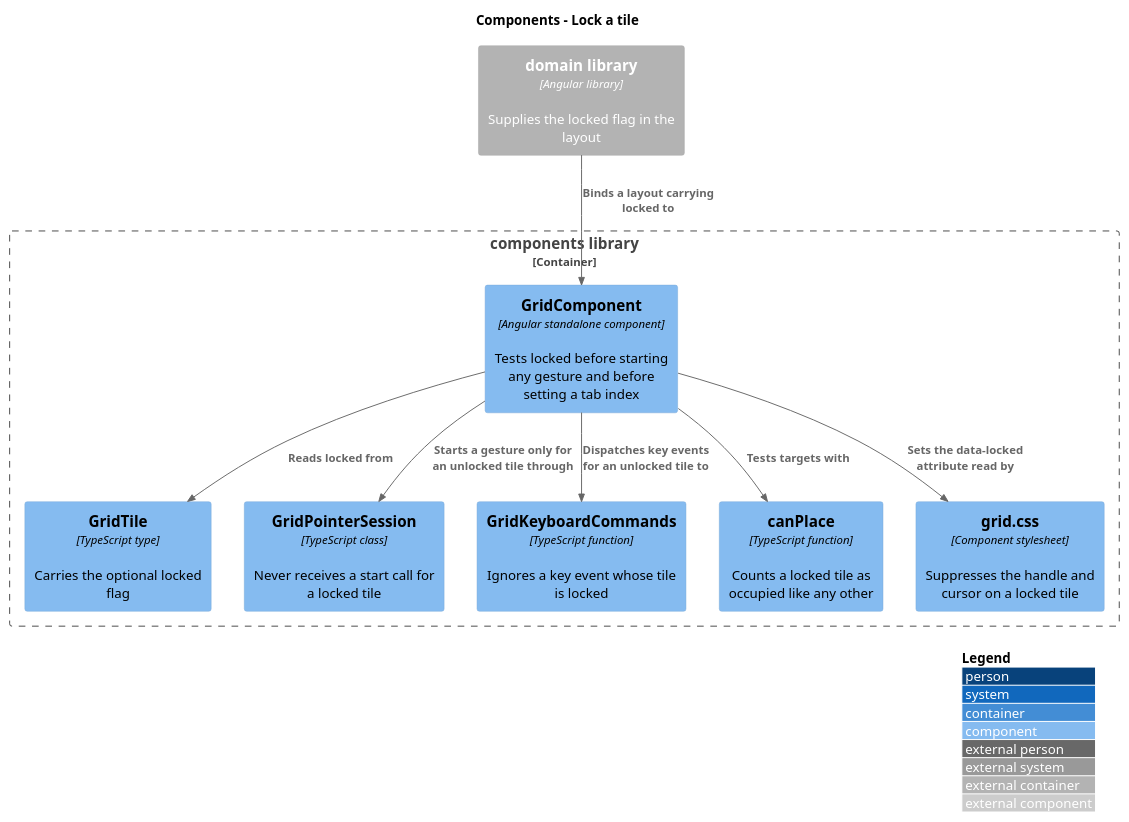
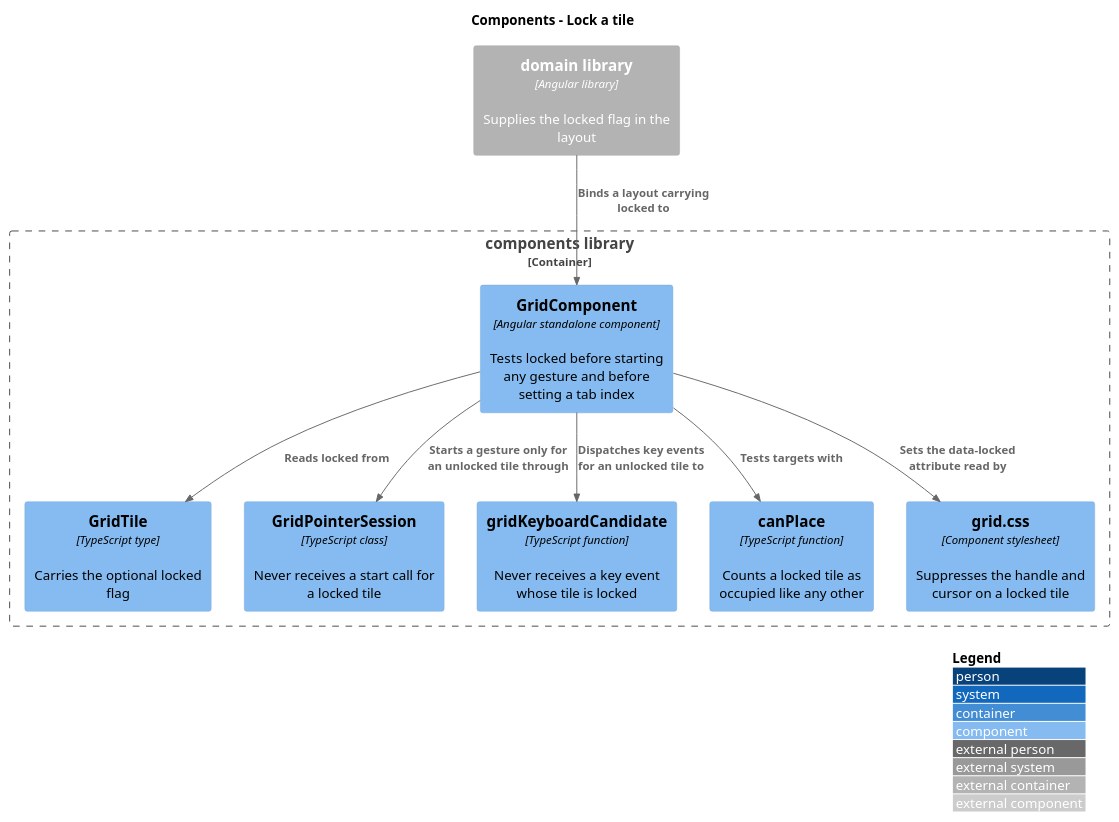
One commit to QuinntyneBrown/qbc-grid changed the diagram in docs/detailed-designs/tile-interaction/lock-a-tile/diagrams/c4-component.puml. Above: the diagram before and after it, drawn with PlantUML. The commit also changed 25 other files, not shown here.

```diff
--- a/docs/detailed-designs/tile-interaction/lock-a-tile/diagrams/c4-component.puml
+++ b/docs/detailed-designs/tile-interaction/lock-a-tile/diagrams/c4-component.puml
@@ -1,23 +1,23 @@
 @startuml
 !include <C4/C4_Component>
 LAYOUT_WITH_LEGEND()
 title Components - Lock a tile
 
 Container_Boundary(components, "components library") {
   Component(grid, "GridComponent", "Angular standalone component", "Tests locked before starting any gesture and before setting a tab index")
   Component(tile, "GridTile", "TypeScript type", "Carries the optional locked flag")
   Component(session, "GridPointerSession", "TypeScript class", "Never receives a start call for a locked tile")
-  Component(keys, "GridKeyboardCommands", "TypeScript function", "Ignores a key event whose tile is locked")
+  Component(keys, "gridKeyboardCandidate", "TypeScript function", "Never receives a key event whose tile is locked")
   Component(canplace, "canPlace", "TypeScript function", "Counts a locked tile as occupied like any other")
   Component(styles, "grid.css", "Component stylesheet", "Suppresses the handle and cursor on a locked tile")
 }
 
 Container_Ext(domain, "domain library", "Angular library", "Supplies the locked flag in the layout")
 
 Rel(domain, grid, "Binds a layout carrying locked to")
 Rel(grid, tile, "Reads locked from")
 Rel(grid, session, "Starts a gesture only for an unlocked tile through")
 Rel(grid, keys, "Dispatches key events for an unlocked tile to")
 Rel(grid, canplace, "Tests targets with")
 Rel(grid, styles, "Sets the data-locked attribute read by")
 @enduml
```
